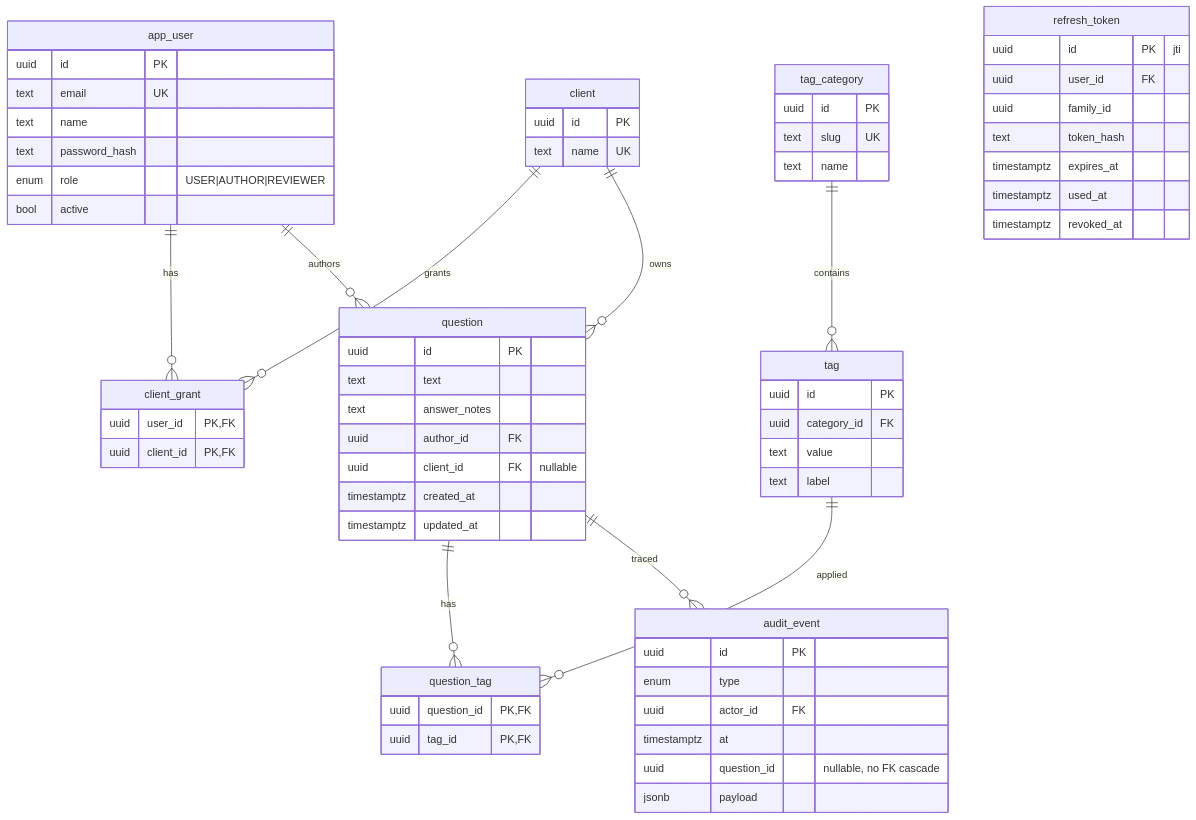
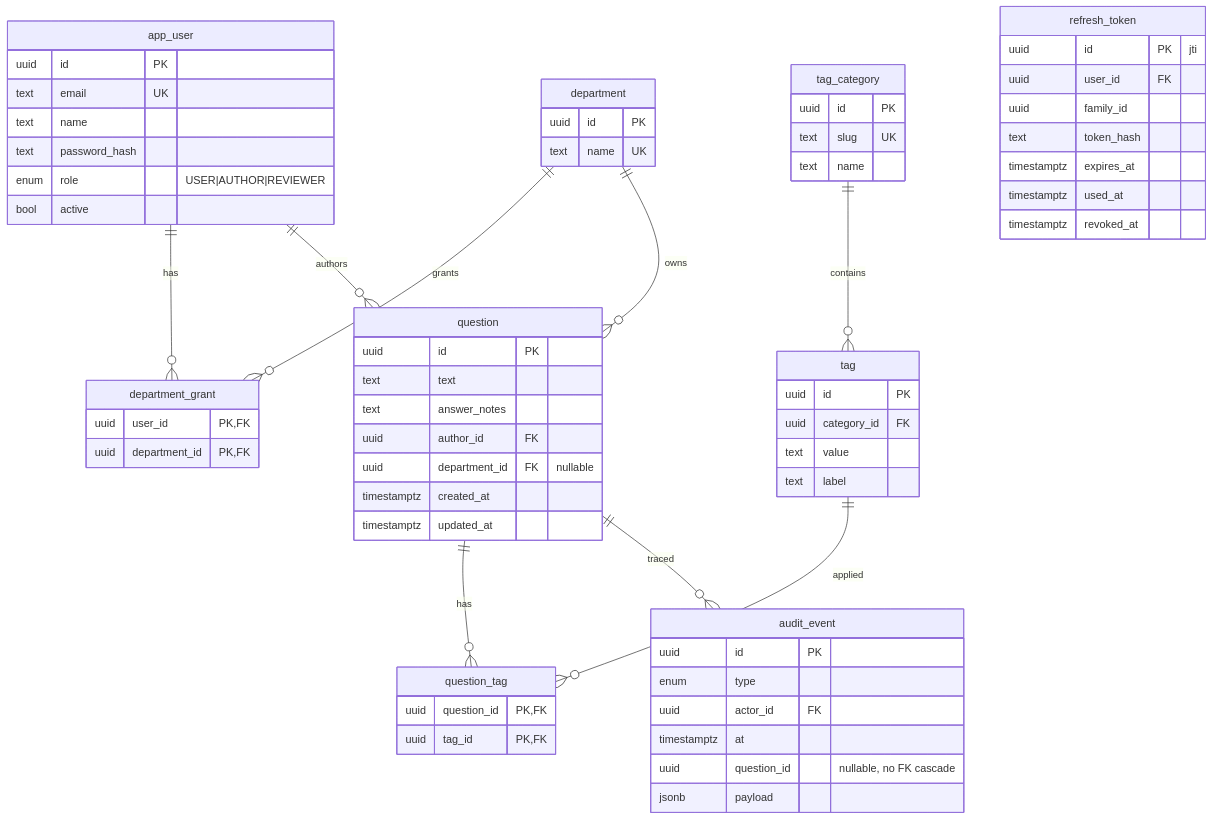
One commit to khushalB-sf/mern-poc changed the third of 3 diagrams in docs/03-architecture.md. Above: the diagram before and after it, drawn with Mermaid. The commit also changed other lines of this file and 40 other files, not shown here.

````diff
--- a/docs/03-architecture.md
+++ b/docs/03-architecture.md
@@ -149,50 +149,50 @@
 ```mermaid
 erDiagram
   app_user { uuid id PK
     text email UK
     text name
     text password_hash
     enum role "USER|AUTHOR|REVIEWER"
     bool active }
-  client { uuid id PK
+  department { uuid id PK
     text name UK }
-  client_grant { uuid user_id PK,FK
-    uuid client_id PK,FK }
+  department_grant { uuid user_id PK,FK
+    uuid department_id PK,FK }
   tag_category { uuid id PK
     text slug UK
     text name }
   tag { uuid id PK
     uuid category_id FK
     text value
     text label }
   question { uuid id PK
     text text
     text answer_notes
     uuid author_id FK
-    uuid client_id FK "nullable"
+    uuid department_id FK "nullable"
     timestamptz created_at
     timestamptz updated_at }
   question_tag { uuid question_id PK,FK
     uuid tag_id PK,FK }
   audit_event { uuid id PK
     enum type
     uuid actor_id FK
     timestamptz at
     uuid question_id "nullable, no FK cascade"
     jsonb payload }
   refresh_token { uuid id PK "jti"
     uuid user_id FK
     uuid family_id
     text token_hash
     timestamptz expires_at
     timestamptz used_at
     timestamptz revoked_at }
-  app_user ||--o{ client_grant : has
-  client ||--o{ client_grant : grants
-  client ||--o{ question : owns
+  app_user ||--o{ department_grant : has
+  department ||--o{ department_grant : grants
+  department ||--o{ question : owns
   app_user ||--o{ question : authors
   tag_category ||--o{ tag : contains
   question ||--o{ question_tag : has
   tag ||--o{ question_tag : applied
   question ||--o{ audit_event : traced
 ```
````
